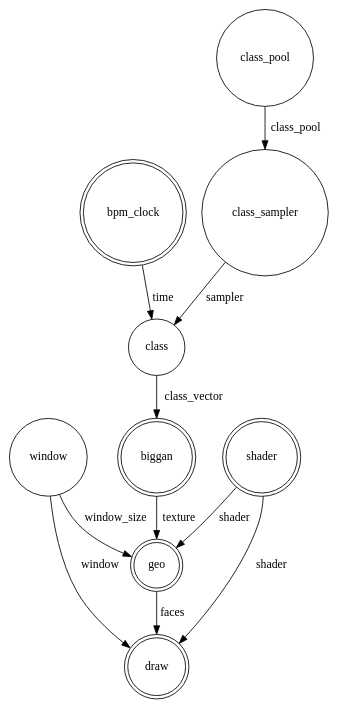
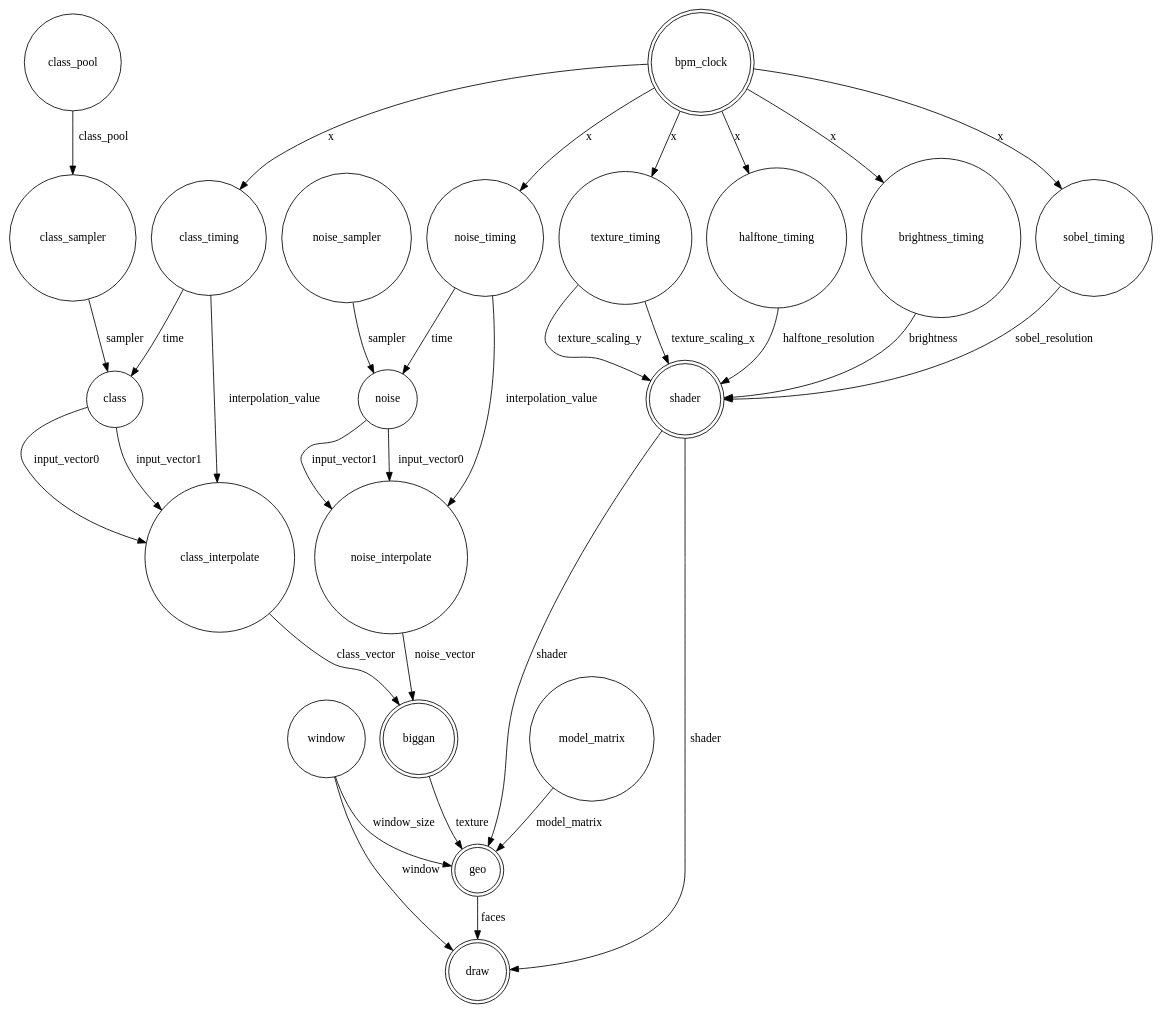
The diagram in src/graphviz_graph.gv (PKehnel/hippo7), drawn with Graphviz before and after one commit. The commit also changed 4 other files, not shown here.

```diff
--- a/src/graphviz_graph.gv
+++ b/src/graphviz_graph.gv
@@ -1,30 +1,73 @@
 digraph graphviz_graph {
 	node [shape=circle]
 	window [label=window]
 	node [shape=doublecircle]
 	bpm_clock [label=bpm_clock]
 	node [shape=circle]
+	noise_timing [label=noise_timing]
+	node [shape=circle]
+	noise_sampler [label=noise_sampler]
+	node [shape=circle]
+	class_timing [label=class_timing]
+	node [shape=circle]
 	class_pool [label=class_pool]
 	node [shape=circle]
 	class_sampler [label=class_sampler]
 	node [shape=circle]
+	noise [label=noise]
+	node [shape=circle]
 	class [label=class]
+	node [shape=circle]
+	noise_interpolate [label=noise_interpolate]
+	node [shape=circle]
+	class_interpolate [label=class_interpolate]
 	node [shape=doublecircle]
 	biggan [label=biggan]
+	node [shape=circle]
+	texture_timing [label=texture_timing]
+	node [shape=circle]
+	sobel_timing [label=sobel_timing]
+	node [shape=circle]
+	halftone_timing [label=halftone_timing]
+	node [shape=circle]
+	brightness_timing [label=brightness_timing]
 	node [shape=doublecircle]
 	shader [label=shader]
+	node [shape=circle]
+	model_matrix [label=model_matrix]
 	node [shape=doublecircle]
 	geo [label=geo]
 	node [shape=doublecircle]
 	draw [label=draw]
+	bpm_clock -> noise_timing [label=x]
+	bpm_clock -> class_timing [label=x]
 	class_pool -> class_sampler [label=class_pool]
-	bpm_clock -> class [label=time]
+	noise_timing -> noise [label=time]
+	noise_sampler -> noise [label=sampler]
+	class_timing -> class [label=time]
 	class_sampler -> class [label=sampler]
-	class -> biggan [label=class_vector]
+	noise_timing -> noise_interpolate [label=interpolation_value]
+	noise -> noise_interpolate [label=input_vector0]
+	noise -> noise_interpolate [label=input_vector1]
+	class_timing -> class_interpolate [label=interpolation_value]
+	class -> class_interpolate [label=input_vector0]
+	class -> class_interpolate [label=input_vector1]
+	noise_interpolate -> biggan [label=noise_vector]
+	class_interpolate -> biggan [label=class_vector]
+	bpm_clock -> texture_timing [label=x]
+	bpm_clock -> sobel_timing [label=x]
+	bpm_clock -> halftone_timing [label=x]
+	bpm_clock -> brightness_timing [label=x]
+	sobel_timing -> shader [label=sobel_resolution]
+	texture_timing -> shader [label=texture_scaling_x]
+	texture_timing -> shader [label=texture_scaling_y]
+	halftone_timing -> shader [label=halftone_resolution]
+	brightness_timing -> shader [label=brightness]
 	shader -> geo [label=shader]
 	biggan -> geo [label=texture]
 	window -> geo [label=window_size]
+	model_matrix -> geo [label=model_matrix]
 	geo -> draw [label=faces]
 	shader -> draw [label=shader]
 	window -> draw [label=window]
 }
```
